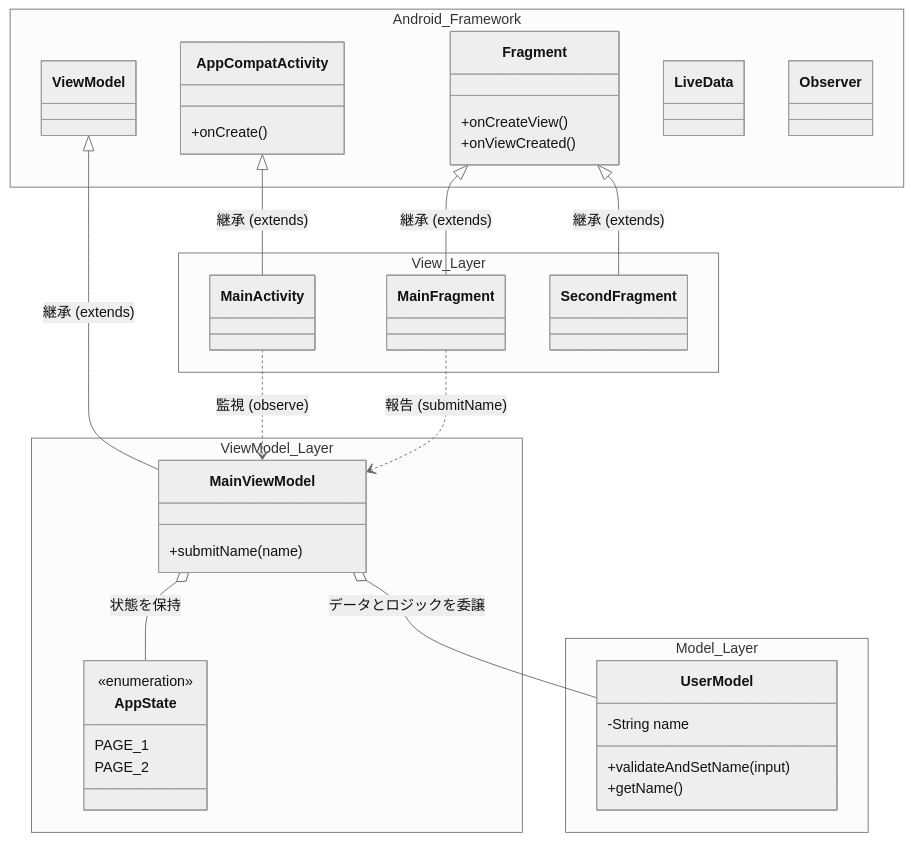
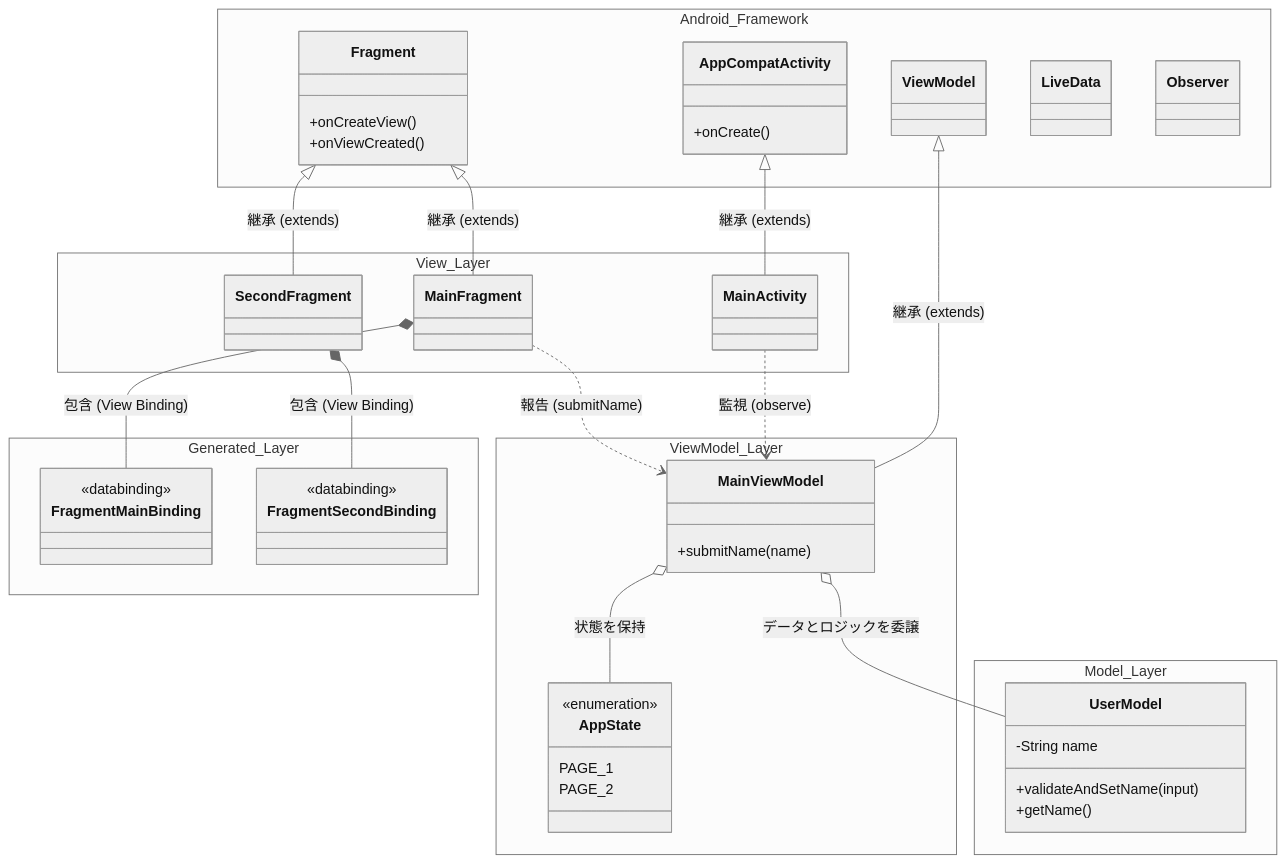
One commit to rotani/android-study changed the first of 3 diagrams in README.md. Above: the diagram before and after it, drawn with Mermaid (neutral theme). The commit also changed other lines of this file and 3 other files, not shown here.

````diff
--- a/README.md
+++ b/README.md
@@ -7,50 +7,61 @@
 ```mermaid
 classDiagram
     namespace Android_Framework {
         class AppCompatActivity {
             +onCreate()
         }
         class Fragment {
             +onCreateView()
             +onViewCreated()
         }
         class ViewModel
         class LiveData
         class Observer
     }
 
     namespace View_Layer {
         class MainActivity
         class MainFragment
         class SecondFragment
+    }
+
+    namespace Generated_Layer {
+        class FragmentMainBinding {
+            <<databinding>>
+        }
+        class FragmentSecondBinding {
+            <<databinding>>
+        }
     }
     
     namespace ViewModel_Layer {
         class MainViewModel {
             +submitName(name)
         }
         class AppState {
             <<enumeration>>
             PAGE_1
             PAGE_2
         }
     }
 
     namespace Model_Layer {
         class UserModel {
             -String name
             +validateAndSetName(input)
             +getName()
         }
     }
     
     AppCompatActivity <|-- MainActivity : 継承 (extends)
     Fragment <|-- MainFragment : 継承 (extends)
     Fragment <|-- SecondFragment : 継承 (extends)
     ViewModel <|-- MainViewModel : 継承 (extends)
     
+    MainFragment *-- FragmentMainBinding : 包含 (View Binding)
+    SecondFragment *-- FragmentSecondBinding : 包含 (View Binding)
     MainActivity ..> MainViewModel : 監視 (observe)
     MainFragment ..> MainViewModel : 報告 (submitName)
     MainViewModel o-- AppState : 状態を保持
     MainViewModel o-- UserModel : データとロジックを委譲
 ```
````
